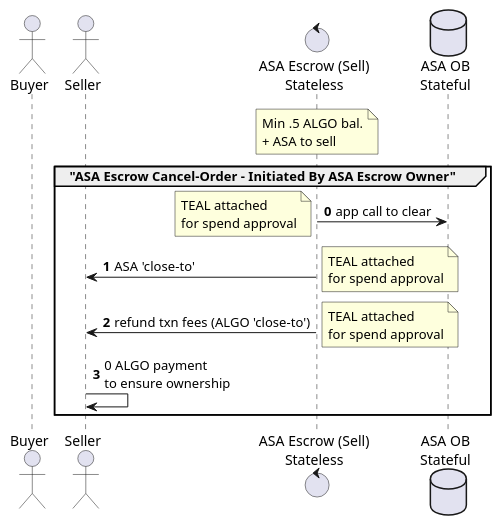
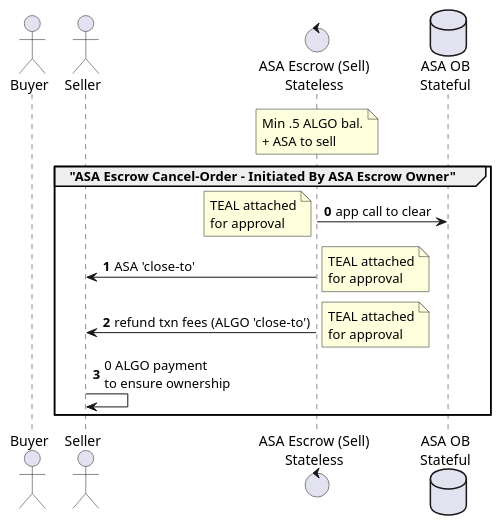
One commit to algodex/algodex-architecture changed the diagram in diagrams/asa_escrow_cancel_order.puml. Above: the diagram before and after it, drawn with PlantUML. The commit also changed 16 other files, not shown here.

Commit message:
Update architecture notes and diagrams

```diff
--- a/diagrams/asa_escrow_cancel_order.puml
+++ b/diagrams/asa_escrow_cancel_order.puml
@@ -1,19 +1,19 @@
 @startuml
 actor Buyer
 actor Seller
 control "ASA Escrow (Sell)\nStateless" as ASAEscrow
 database "ASA OB\nStateful" as ASAOB
 note over ASAEscrow: Min .5 ALGO bal.\n+ ASA to sell
 
 group "ASA Escrow Cancel-Order - Initiated By ASA Escrow Owner"
 autonumber 0
 ASAEscrow -> ASAOB: app call to clear
-note left: TEAL attached\nfor spend approval
+note left: TEAL attached\nfor approval
 ASAEscrow -> Seller: ASA 'close-to'
-note right: TEAL attached\nfor spend approval
+note right: TEAL attached\nfor approval
 ASAEscrow -> Seller: refund txn fees (ALGO 'close-to')
-note right: TEAL attached\nfor spend approval
+note right: TEAL attached\nfor approval
 Seller -> Seller: 0 ALGO payment\nto ensure ownership
 end
 
 @enduml
```
